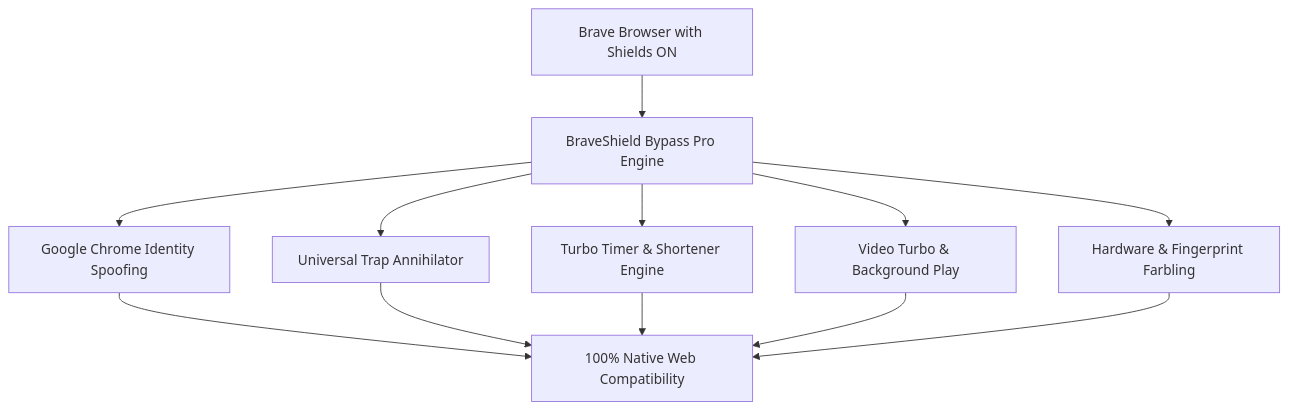
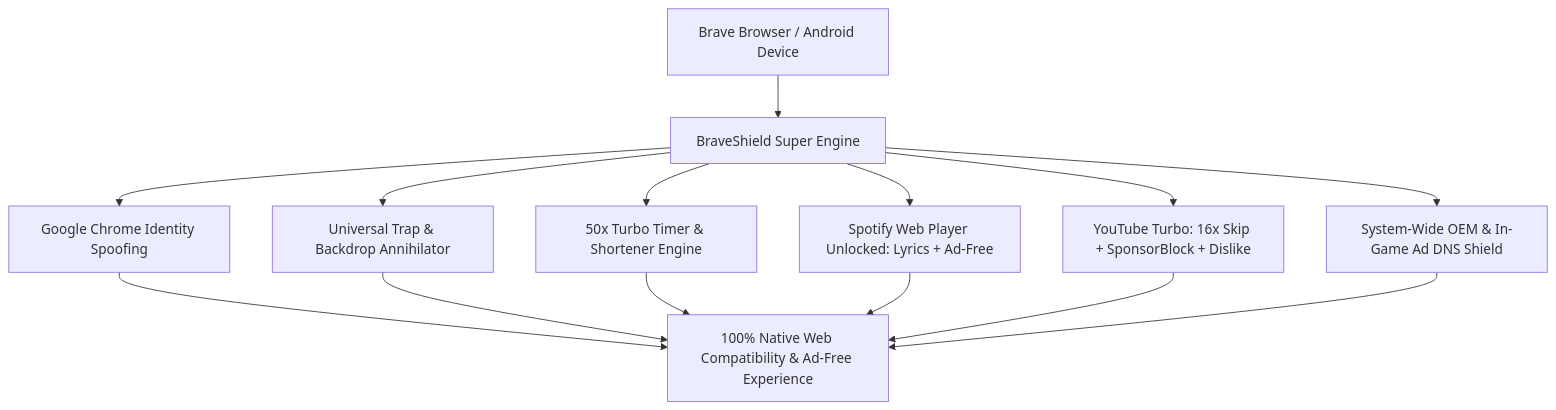
The diagram in README.md (Nikhil-Sonawane87612/braveshield-anti-detection-extension), drawn with Mermaid before and after one commit. The commit also changed other lines of this file, not shown here.

Commit message:
docs: integrate Android Super Suite and deployment guide into main README

````diff
--- a/README.md
+++ b/README.md
@@ -35,14 +38,16 @@
 ```mermaid
 graph TD
-    A[Brave Browser with Shields ON] --> B[BraveShield Bypass Pro Engine]
+    A[Brave Browser / Android Device] --> B[BraveShield Super Engine]
     B --> C[Google Chrome Identity Spoofing]
-    B --> D[Universal Trap Annihilator]
-    B --> E[Turbo Timer & Shortener Engine]
-    B --> F[Video Turbo & Background Play]
-    B --> G[Hardware & Fingerprint Farbling]
-    C --> H[100% Native Web Compatibility]
-    D --> H
-    E --> H
-    F --> H
-    G --> H
+    B --> D[Universal Trap & Backdrop Annihilator]
+    B --> E[50x Turbo Timer & Shortener Engine]
+    B --> F[Spotify Web Player Unlocked: Lyrics + Ad-Free]
+    B --> G[YouTube Turbo: 16x Skip + SponsorBlock + Dislike]
+    B --> H[System-Wide OEM & In-Game Ad DNS Shield]
+    C --> I[100% Native Web Compatibility & Ad-Free Experience]
+    D --> I
+    E --> I
+    F --> I
+    G --> I
+    H --> I
 ```
````
